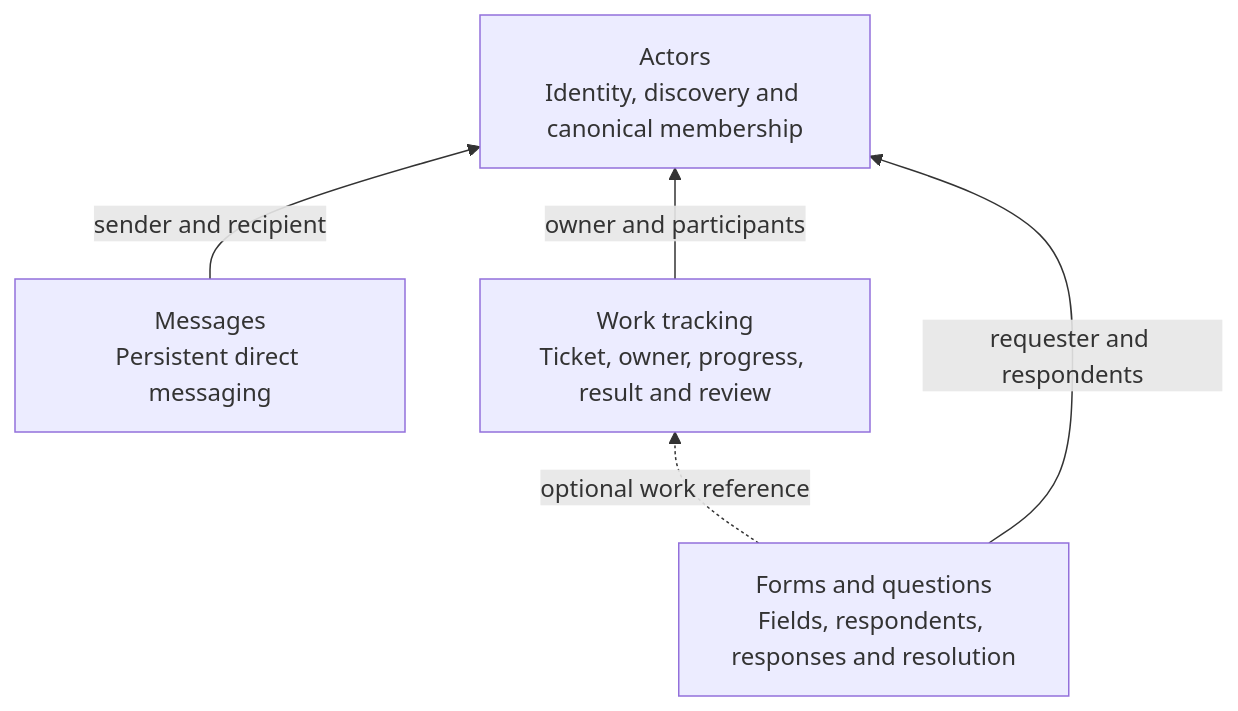
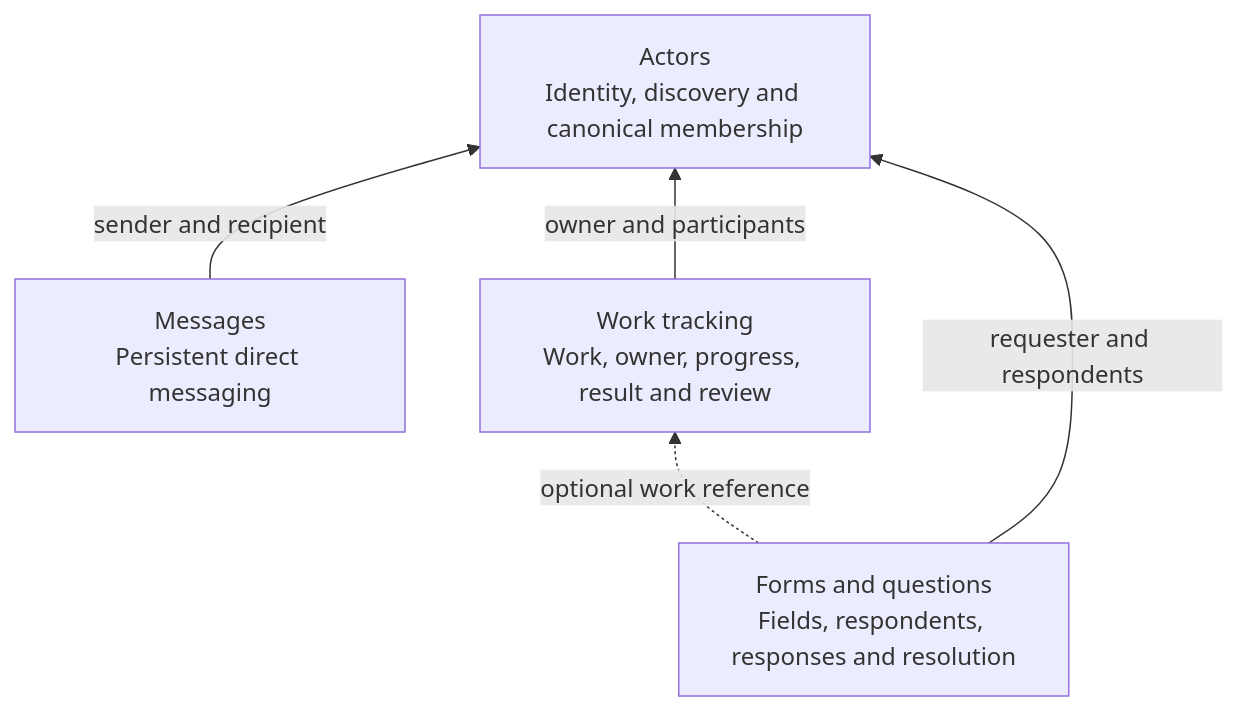
The first of 2 diagrams in docs/design.md (uniac-ai/AgenticWorkspace), drawn with Mermaid before and after one commit. The commit also changed other lines of this file and 12 other files, not shown here.

First line of the commit message:
Make Work the unit of progress an Actor reports

````diff
--- a/docs/design.md
+++ b/docs/design.md
@@ -9,11 +9,11 @@
 ```mermaid
 flowchart BT
     A["Actors<br/>Identity, discovery and canonical membership"]
     M["Messages<br/>Persistent direct messaging"]
-    T["Work tracking<br/>Ticket, owner, progress, result and review"]
+    T["Work tracking<br/>Work, owner, progress, result and review"]
     F["Forms and questions<br/>Fields, respondents, responses and resolution"]
     F -.->|"optional work reference"| T
     M -->|"sender and recipient"| A
     T -->|"owner and participants"| A
     F -->|"requester and respondents"| A
 ```
````
